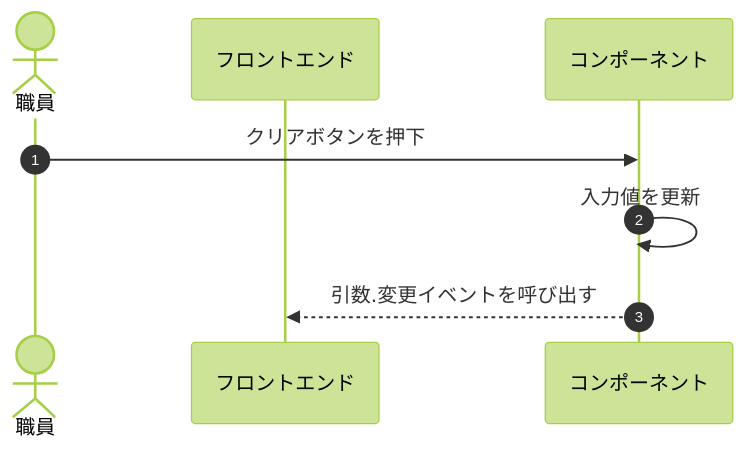
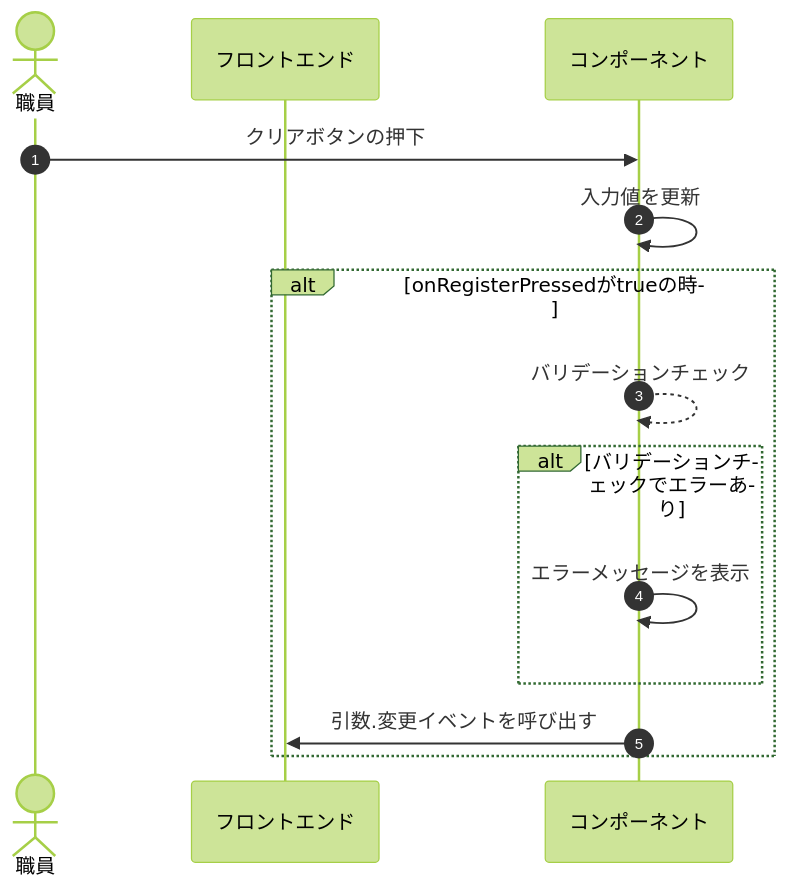
The diagram in Documents/UI設計書/src/docs/コンポーネント/CP1001_検査項目グループ_検査：数値/CP1001-ClearButtonPressed.mmd (MrWangpeilin945/FlutterIOS), drawn with Mermaid before and after one commit. The commit also changed 22 other files, not shown here.

Commit message:
シーケンス図を修正

```diff
--- a/Documents/UI設計書/src/docs/コンポーネント/CP1001_検査項目グループ_検査：数値/CP1001-ClearButtonPressed.mmd
+++ b/Documents/UI設計書/src/docs/コンポーネント/CP1001_検査項目グループ_検査：数値/CP1001-ClearButtonPressed.mmd
@@ -1,10 +1,16 @@
 %%{init:{'theme':'forest'}}%%
 sequenceDiagram
 autonumber
   actor User as 職員
   participant FE as フロントエンド
   participant KN as コンポーネント  
 
-  User->>KN:クリアボタンを押下
+  User->>KN:クリアボタンの押下
   KN->>KN:入力値を更新
-  KN-->>FE:引数.変更イベントを呼び出す
+  alt onRegisterPressedがtrueの時
+  KN-->>KN:バリデーションチェック
+  alt バリデーションチェックでエラーあり
+  KN->>KN:エラーメッセージを表示
+  end
+  KN->>FE:引数.変更イベントを呼び出す
+end
```
